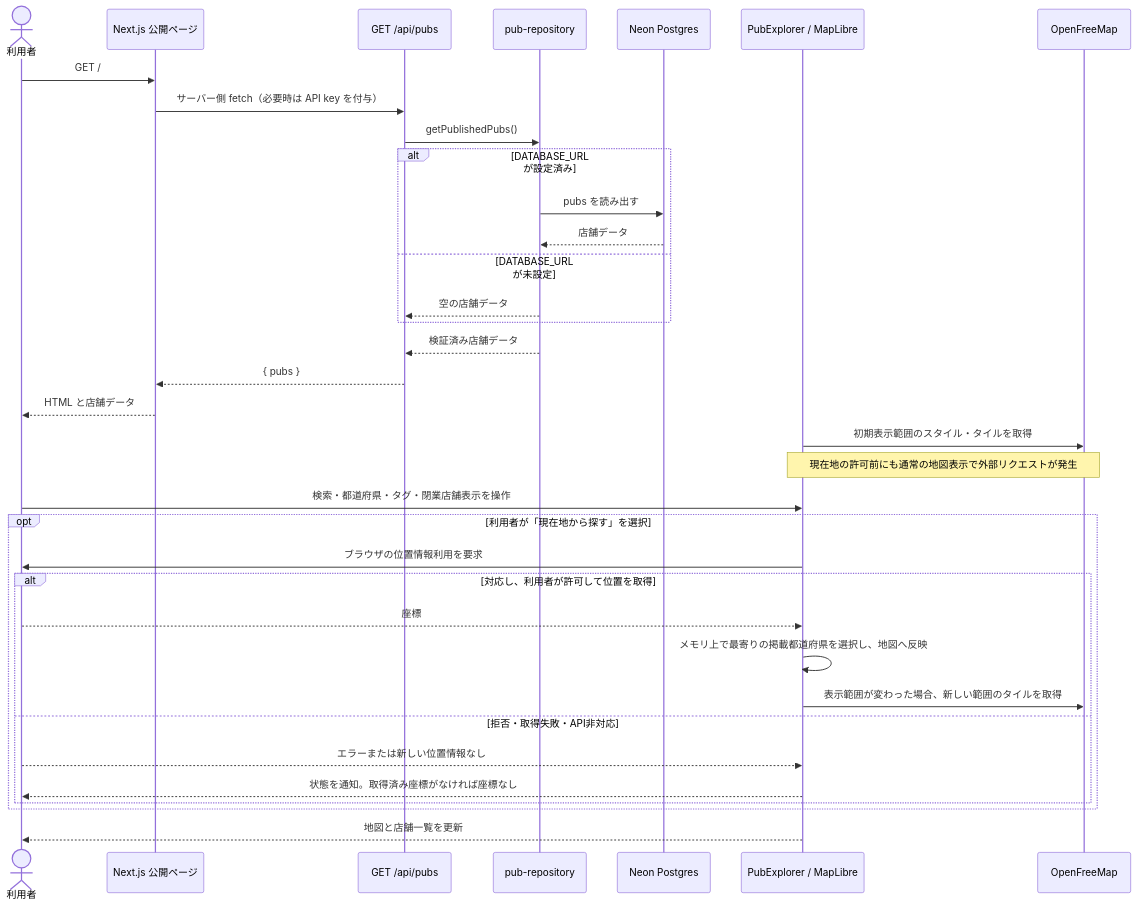
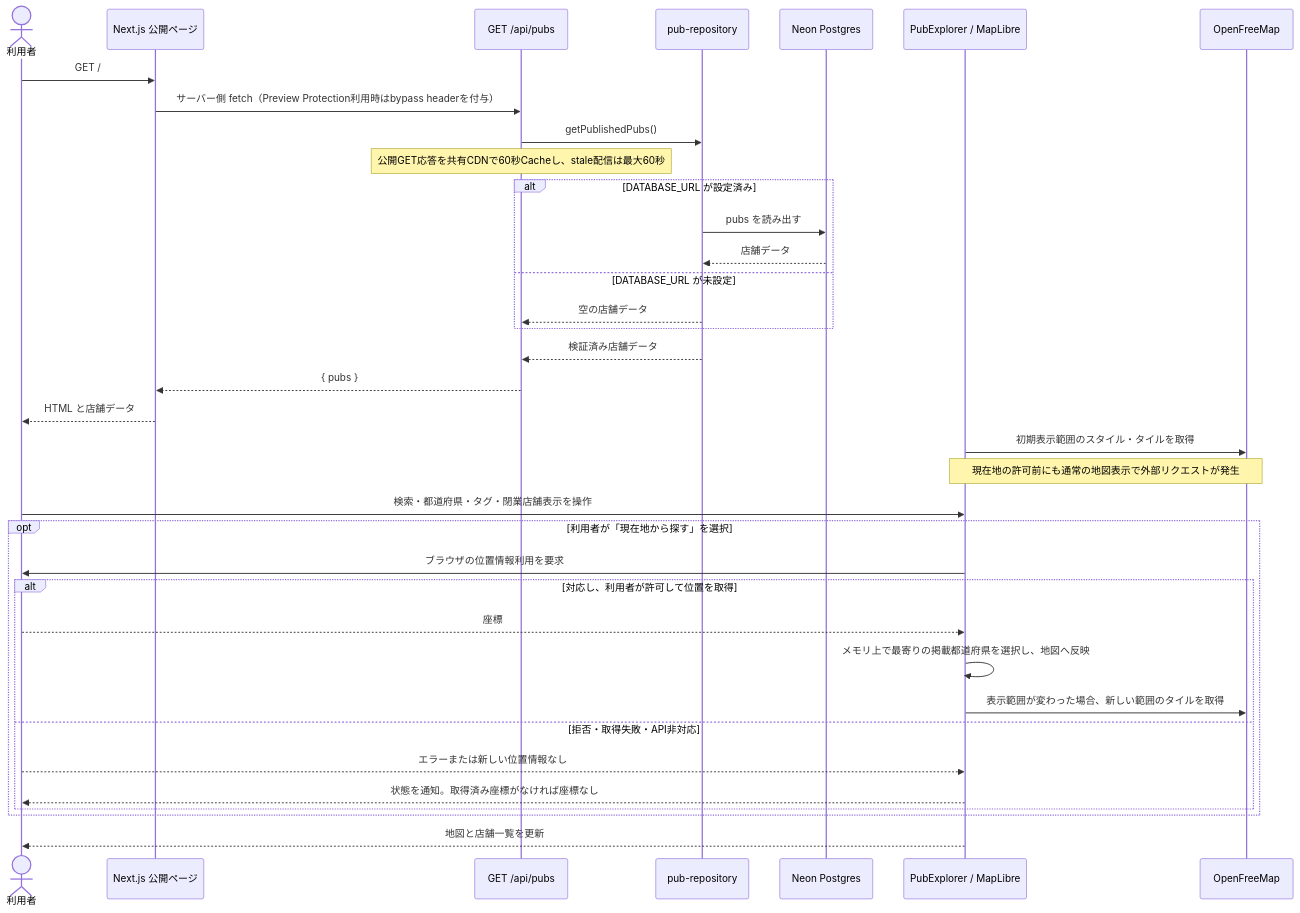
The first of 4 diagrams in docs/architecture/sequences.md (yusukefr/irishpub-map), drawn with Mermaid before and after one commit. The commit also changed 17 other files, not shown here.

````diff
--- a/docs/architecture/sequences.md
+++ b/docs/architecture/sequences.md
@@ -5,38 +5,39 @@
 ```mermaid
 sequenceDiagram
   actor Visitor as 利用者
   participant Page as Next.js 公開ページ
   participant API as GET /api/pubs
   participant Repository as pub-repository
   participant Neon as Neon Postgres
   participant Explorer as PubExplorer / MapLibre
   participant MapProvider as OpenFreeMap
 
   Visitor->>Page: GET /
-  Page->>API: サーバー側 fetch（必要時は API key を付与）
+  Page->>API: サーバー側 fetch（Preview Protection利用時はbypass headerを付与）
   API->>Repository: getPublishedPubs()
+  Note over API: 公開GET応答を共有CDNで60秒Cacheし、stale配信は最大60秒
   alt DATABASE_URL が設定済み
     Repository->>Neon: pubs を読み出す
     Neon-->>Repository: 店舗データ
   else DATABASE_URL が未設定
     Repository-->>API: 空の店舗データ
   end
   Repository-->>API: 検証済み店舗データ
   API-->>Page: { pubs }
   Page-->>Visitor: HTML と店舗データ
   Explorer->>MapProvider: 初期表示範囲のスタイル・タイルを取得
   Note over Explorer,MapProvider: 現在地の許可前にも通常の地図表示で外部リクエストが発生
   Visitor->>Explorer: 検索・都道府県・タグ・閉業店舗表示を操作
   opt 利用者が「現在地から探す」を選択
     Explorer->>Visitor: ブラウザの位置情報利用を要求
     alt 対応し、利用者が許可して位置を取得
       Visitor-->>Explorer: 座標
       Explorer->>Explorer: メモリ上で最寄りの掲載都道府県を選択し、地図へ反映
       Explorer->>MapProvider: 表示範囲が変わった場合、新しい範囲のタイルを取得
     else 拒否・取得失敗・API非対応
       Visitor-->>Explorer: エラーまたは新しい位置情報なし
       Explorer-->>Visitor: 状態を通知。取得済み座標がなければ座標なし
     end
   end
   Explorer-->>Visitor: 地図と店舗一覧を更新
 ```
````
